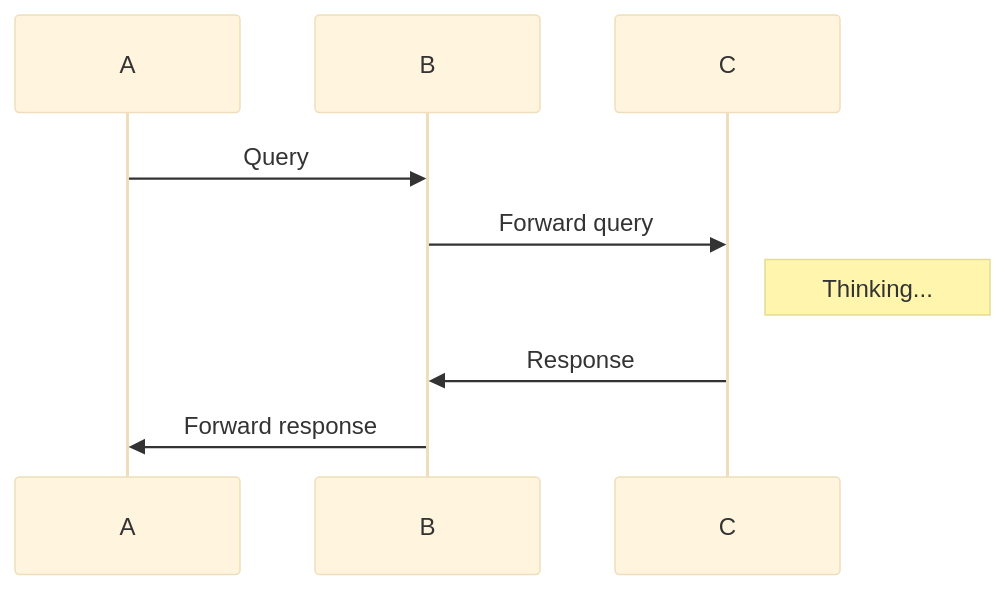
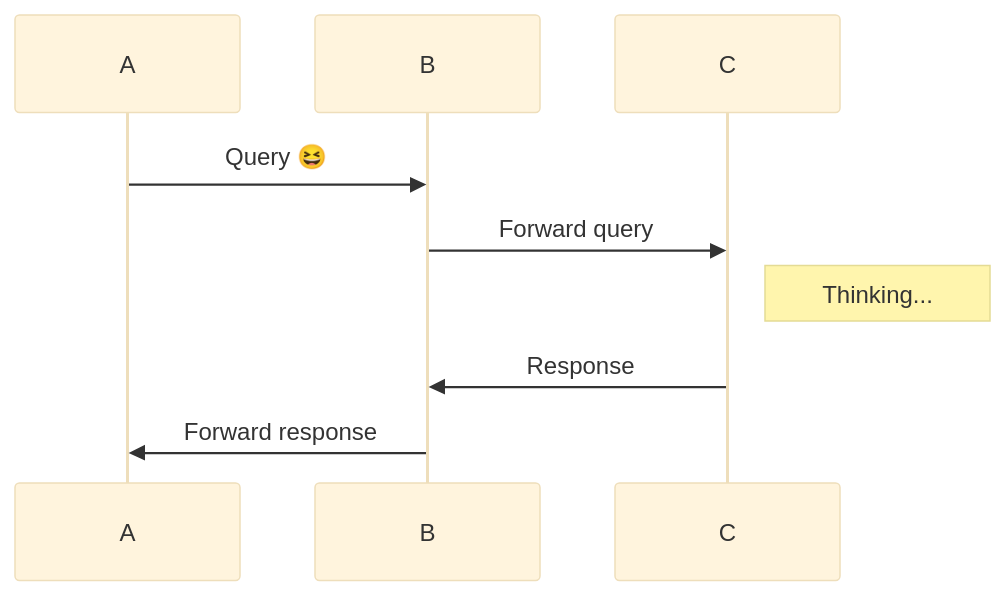
One commit to rquast/gitfeatures-spec changed the diagram in m32ynIuVMOOdkGeI-WVIn.md. Above: the diagram before and after it, drawn with Mermaid (base theme).

Commit message:
small fix

````diff
--- a/m32ynIuVMOOdkGeI-WVIn.md
+++ b/m32ynIuVMOOdkGeI-WVIn.md
@@ -9,8 +9,8 @@
 ```mermaid
 sequenceDiagram
-A->> B: Query
+A->> B: Query 😆
 B->> C: Forward query
 Note right of C: Thinking...
 C->> B: Response
 B->> A: Forward response
 ```
````
